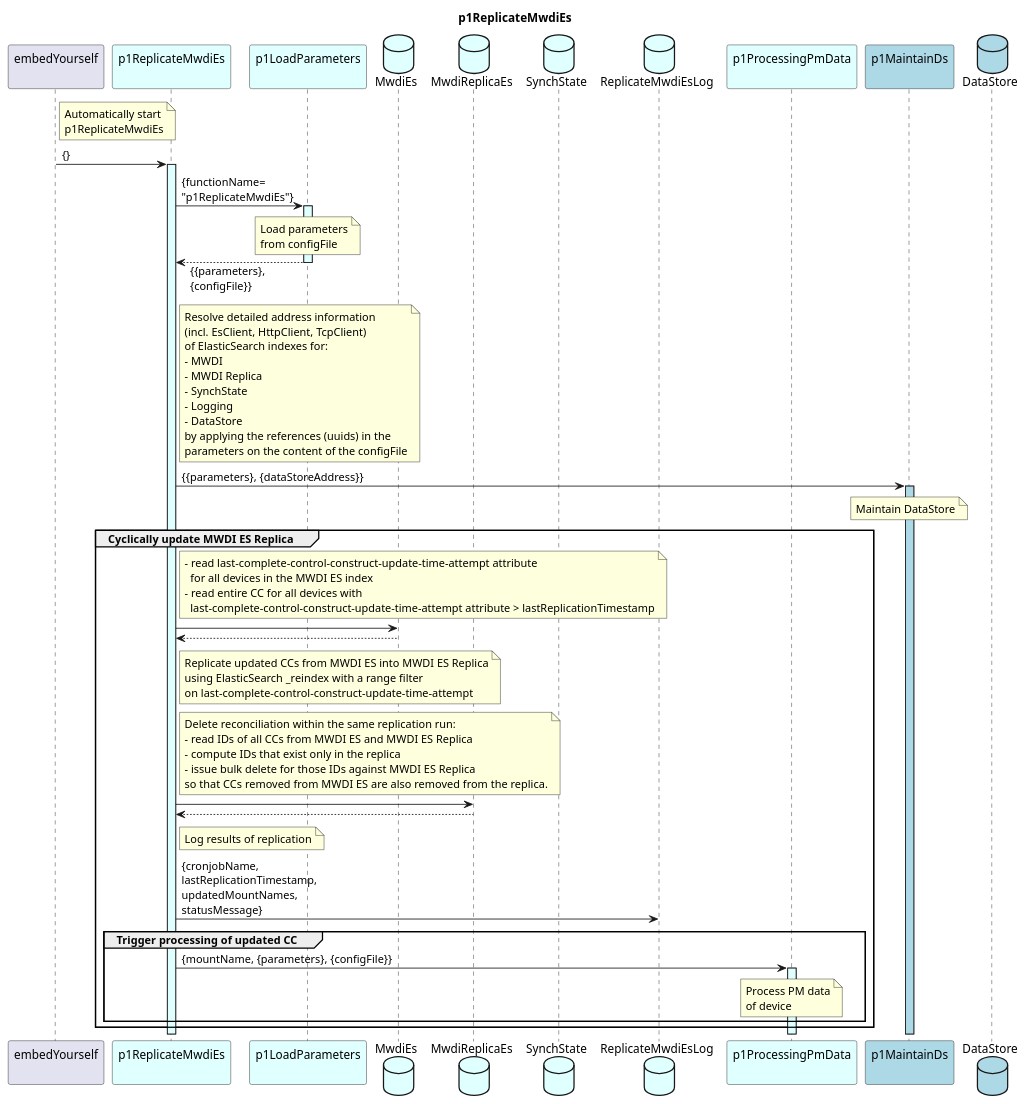
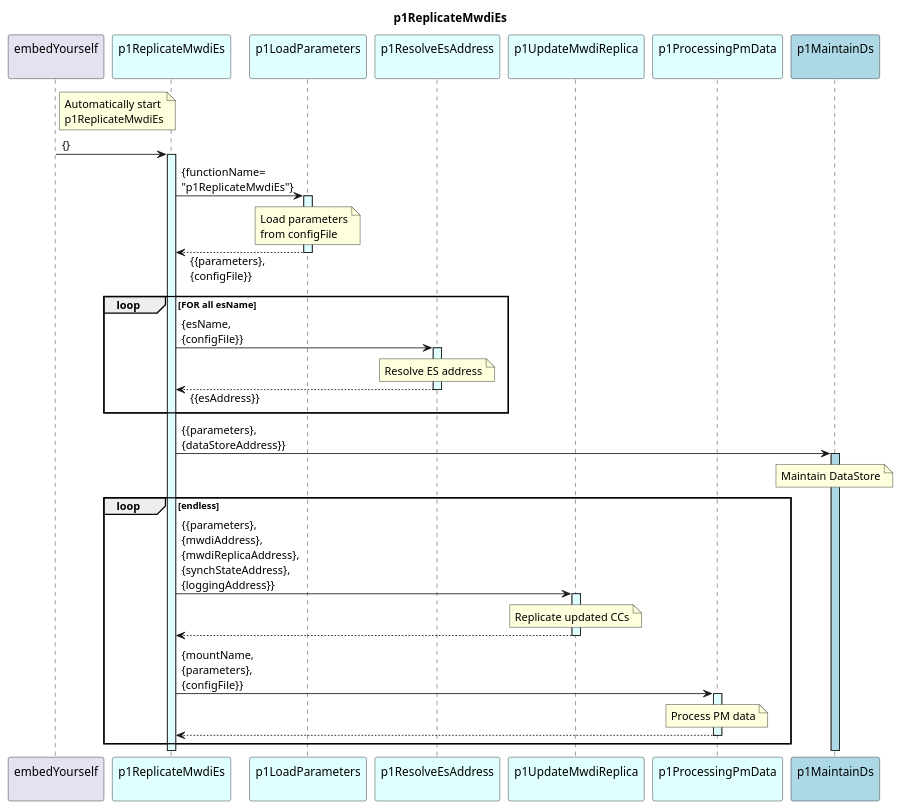
The diagram in spec/Functions/specificFunctions/p1ReplicateMwdiEs/p1ReplicateMwdiEs.plantuml (openBackhaul/DevicePerformanceManagementDataProcessor), drawn with PlantUML before and after one commit. The commit also changed 8 other files, not shown here.

```diff
--- a/spec/Functions/specificFunctions/p1ReplicateMwdiEs/p1ReplicateMwdiEs.plantuml
+++ b/spec/Functions/specificFunctions/p1ReplicateMwdiEs/p1ReplicateMwdiEs.plantuml
@@ -1,101 +1,68 @@
 @startuml p1ReplicateMwdiEs
 skinparam responseMessageBelowArrow true
 
 title
   p1ReplicateMwdiEs
 end title
 
 participant "embedYourself\n" as embed
 participant "p1ReplicateMwdiEs\n" as p1RMWDI #LightCyan
 participant "p1LoadParameters\n" as p1LP #LightCyan
-
-database "MwdiEs" as mwdiEs #LightCyan
-database "MwdiReplicaEs" as MwdiReplicaEs #LightCyan
-database "SynchState" as synchState #LightCyan
-database "ReplicateMwdiEsLog" as log #LightCyan
-
-participant "p1ProcessingPmData\n" as p1ProOrch #LightCyan
+participant "p1ResolveEsAddress\n" as p1REA #LightCyan
+participant "p1UpdateMwdiReplica\n" as p1UMR #LightCyan
+participant "p1ProcessingPmData\n" as p1ProcessPm #LightCyan
 participant "p1MaintainDs\n" as p1MDS #LightBlue
-database "DataStore" as dataStore #LightBlue
 
 note right embed
   Automatically start
   p1ReplicateMwdiEs
 end note
 embed -> p1RMWDI : {}
 activate p1RMWDI #LightCyan
 
   p1RMWDI -> p1LP : {functionName=\n"p1ReplicateMwdiEs"}
   activate p1LP #LightCyan
     note over p1LP
       Load parameters
       from configFile
     end note
   p1RMWDI <-- p1LP : {{parameters},\n{configFile}}
   deactivate p1LP
 
-  note right p1RMWDI
-    Resolve detailed address information 
-    (incl. EsClient, HttpClient, TcpClient)
-    of ElasticSearch indexes for:
-    - MWDI
-    - MWDI Replica
-    - SynchState
-    - Logging
-    - DataStore
-    by applying the references (uuids) in the
-    parameters on the content of the configFile
-  end note
+  Loop FOR all esName
+    p1RMWDI -> p1REA : {esName,\n{configFile}}
+    activate p1REA #LightCyan
+      note over p1REA
+        Resolve ES address
+      end note
+    p1RMWDI <-- p1REA : {{esAddress}}
+    deactivate p1REA
+  end Loop
 
-  p1RMWDI -> p1MDS : {{parameters}, {dataStoreAddress}}
+  p1RMWDI -> p1MDS : {{parameters},\n{dataStoreAddress}}
   activate p1MDS #LightBlue
     note over p1MDS
       Maintain DataStore
     end note
 
-  group Cyclically update MWDI ES Replica
+  Loop endless
 
-    note right p1RMWDI
-      - read last-complete-control-construct-update-time-attempt attribute
-        for all devices in the MWDI ES index
-      - read entire CC for all devices with
-        last-complete-control-construct-update-time-attempt attribute > lastReplicationTimestamp
-    end note
-    p1RMWDI -> mwdiEs
-    p1RMWDI <-- mwdiEs
+    p1RMWDI -> p1UMR : {{parameters},\n{mwdiAddress},\n{mwdiReplicaAddress},\n{synchStateAddress},\n{loggingAddress}}
+    activate p1UMR #LightCyan
+      note over p1UMR
+        Replicate updated CCs
+      end note
+    p1RMWDI <-- p1UMR
+    deactivate p1UMR
 
-    note right p1RMWDI
-      Replicate updated CCs from MWDI ES into MWDI ES Replica
-      using ElasticSearch _reindex with a range filter
-      on last-complete-control-construct-update-time-attempt
-    end note
+    p1RMWDI -> p1ProcessPm : {mountName,\n{parameters},\n{configFile}}
+    activate p1ProcessPm #LightCyan
+      note over p1ProcessPm
+        Process PM data
+      end note
+    p1RMWDI <-- p1ProcessPm
+    deactivate p1ProcessPm
 
-    ' todo: Please, double check the design, it might not be necessary to clean up the Replica on every run
-    note right p1RMWDI
-      Delete reconciliation within the same replication run:
-      - read IDs of all CCs from MWDI ES and MWDI ES Replica
-      - compute IDs that exist only in the replica
-      - issue bulk delete for those IDs against MWDI ES Replica
-      so that CCs removed from MWDI ES are also removed from the replica.
-    end note
-    p1RMWDI -> MwdiReplicaEs
-    p1RMWDI <-- MwdiReplicaEs
-
-    note right p1RMWDI
-      Log results of replication
-    end note
-    p1RMWDI -> log : {cronjobName,\nlastReplicationTimestamp,\nupdatedMountNames,\nstatusMessage}
-
-
-    group Trigger processing of updated CC
-      p1RMWDI -> p1ProOrch : {mountName, {parameters}, {configFile}}
-      activate p1ProOrch #LightCyan
-        note over p1ProOrch
-          Process PM data
-          of device
-        end note
-    end
-
-  end
+  end Loop
 
 @enduml
```
